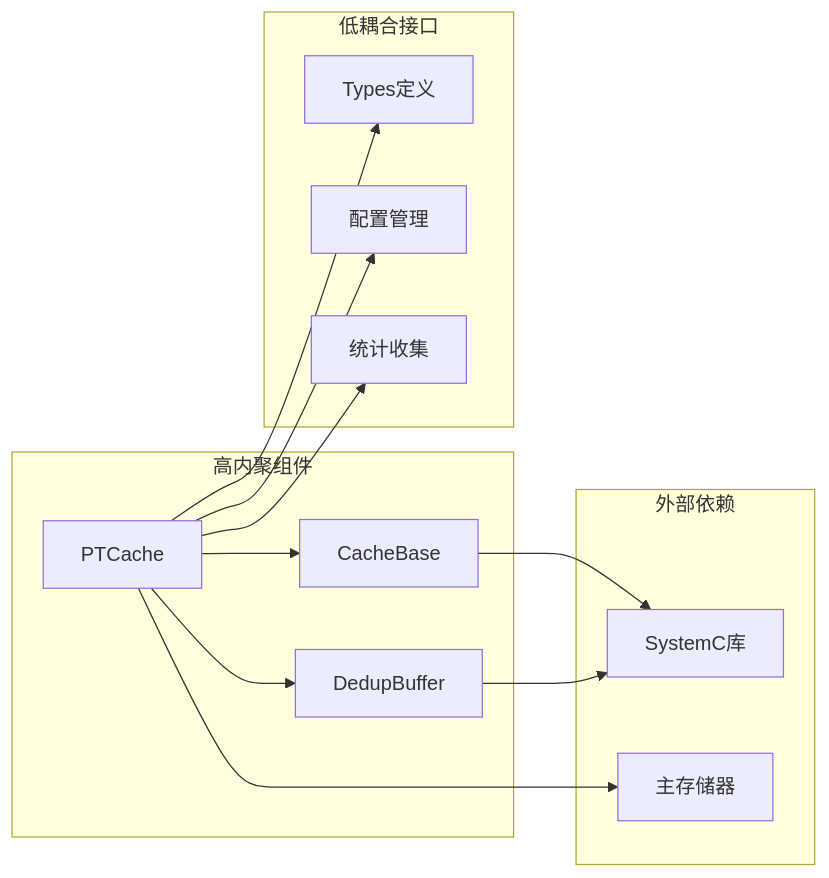
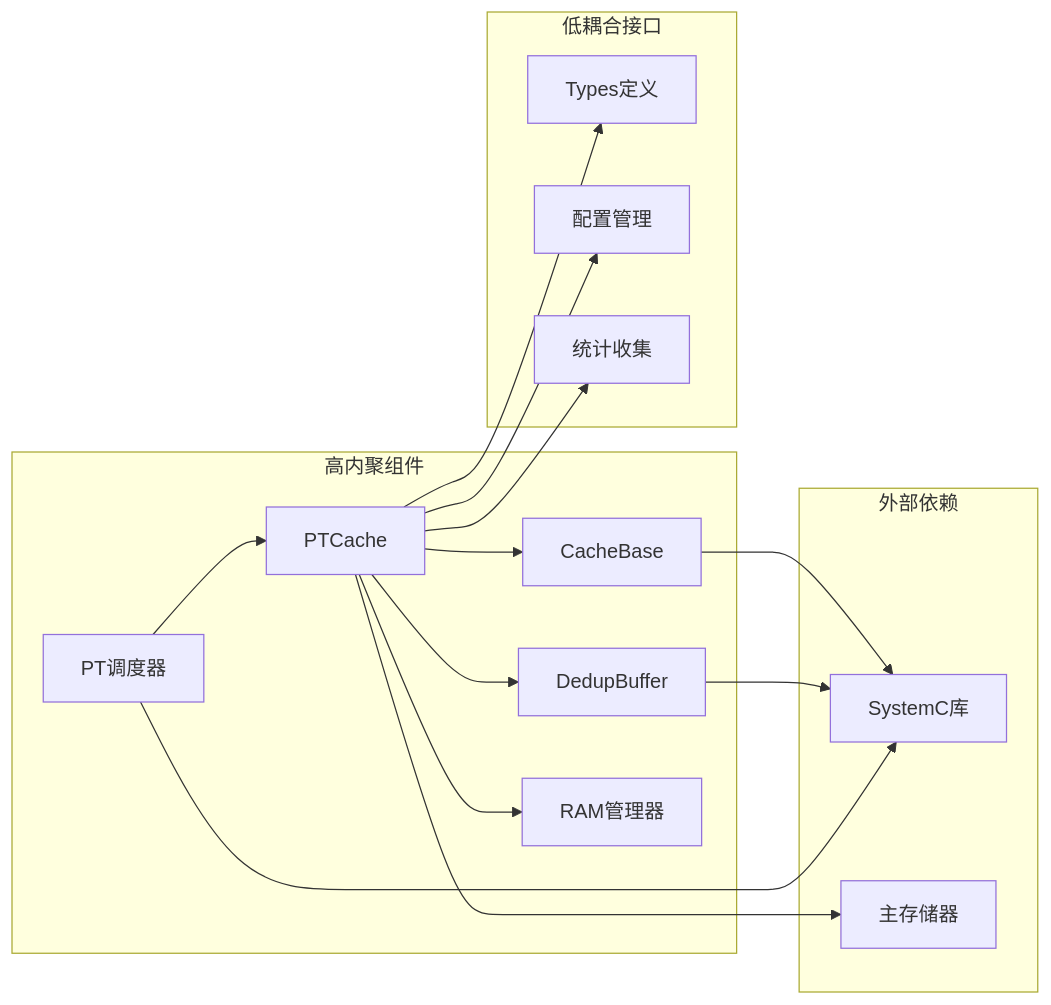
One commit to jiangjiang1122/iommu_model_20260401_v1 changed diagram 12 of 12 in .qoder/repowiki/zh/content/缓存系统/PT缓存（页表缓存）.md. Above: the diagram before and after it, drawn with Mermaid. The commit also changed other lines of this file and 186 other files, not shown here.

````diff
--- a/.qoder/repowiki/zh/content/缓存系统/PT缓存（页表缓存）.md
+++ b/.qoder/repowiki/zh/content/缓存系统/PT缓存（页表缓存）.md
@@ -319,25 +530,30 @@
 ```mermaid
 graph LR
 subgraph "高内聚组件"
 PTCache[PTCache]
 CacheBase[CacheBase]
 DedupBuffer[DedupBuffer]
+PTScheduler[PT调度器]
+RAMManager[RAM管理器]
 end
 subgraph "低耦合接口"
 Types[Types定义]
 Config[配置管理]
 Stats[统计收集]
 end
 subgraph "外部依赖"
 SystemC[SystemC库]
 DDR[主存储器]
 end
 PTCache --> CacheBase
 PTCache --> DedupBuffer
+PTCache --> RAMManager
+PTScheduler --> PTCache
 PTCache --> Types
 PTCache --> Config
 PTCache --> Stats
 CacheBase --> SystemC
 DedupBuffer --> SystemC
+PTScheduler --> SystemC
 PTCache --> DDR
 ```
````
